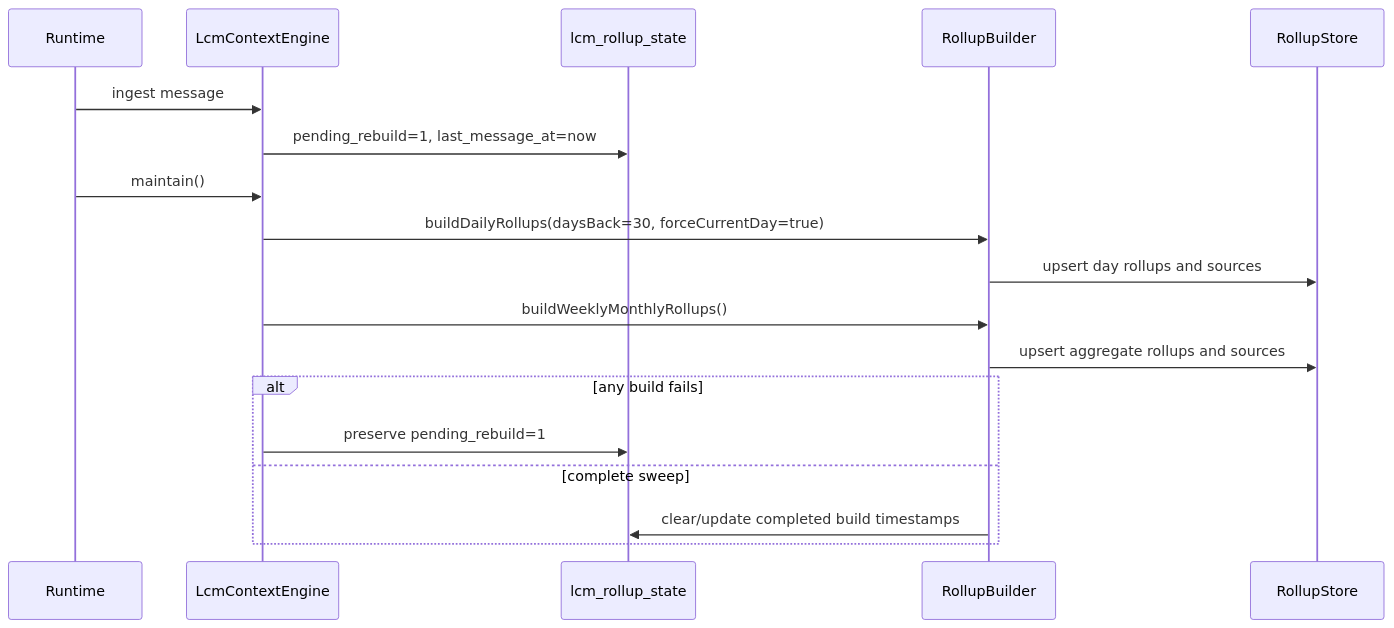
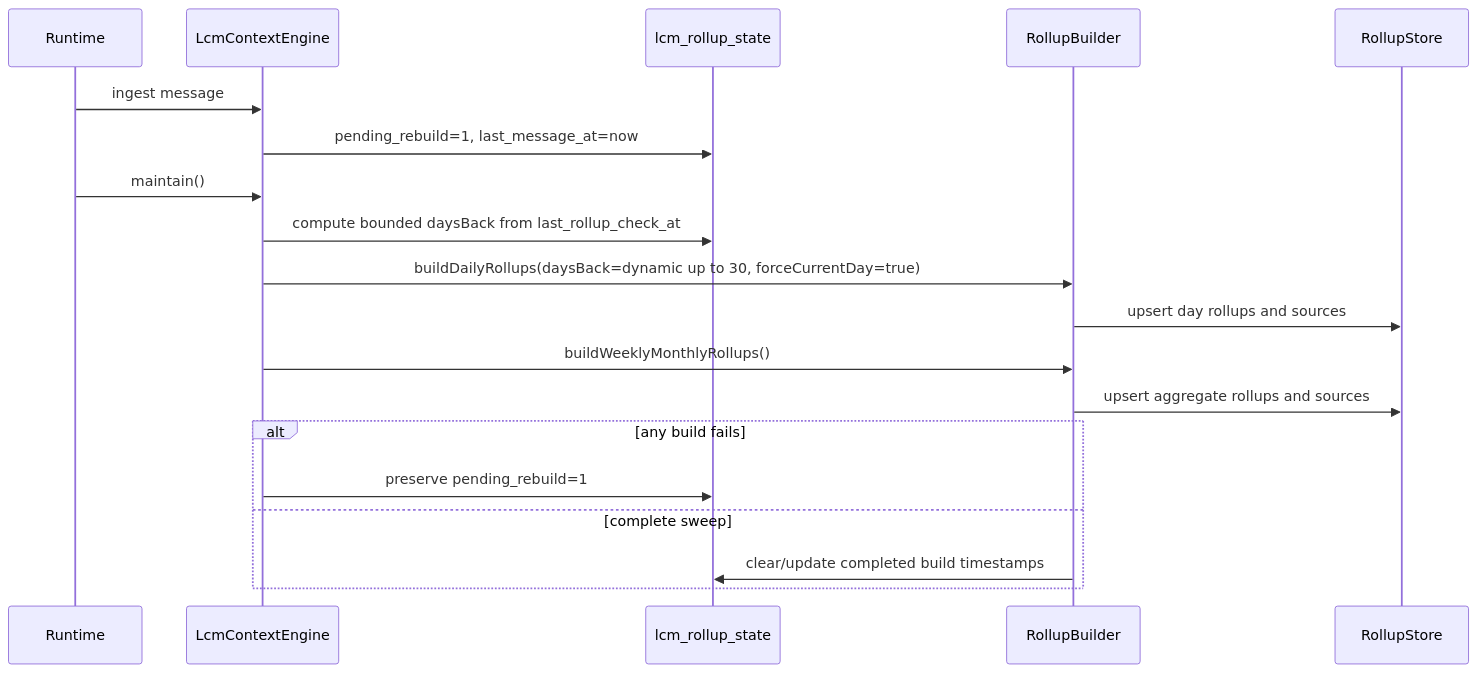
Before and after one commit to 100yenadmin/lossless-claw-test: the third of 4 diagrams in specs/lcm-temporal-memory-plan.md, drawn with Mermaid. The commit also changed 2 other files, not shown here.

Commit message:
fix: clarify temporal recall source footers

````diff
--- a/specs/lcm-temporal-memory-plan.md
+++ b/specs/lcm-temporal-memory-plan.md
@@ -91,21 +91,22 @@
 ```mermaid
 sequenceDiagram
   participant Runtime
   participant Engine as LcmContextEngine
   participant State as lcm_rollup_state
   participant Builder as RollupBuilder
   participant Store as RollupStore
 
   Runtime->>Engine: ingest message
   Engine->>State: pending_rebuild=1, last_message_at=now
   Runtime->>Engine: maintain()
-  Engine->>Builder: buildDailyRollups(daysBack=30, forceCurrentDay=true)
+  Engine->>State: compute bounded daysBack from last_rollup_check_at
+  Engine->>Builder: buildDailyRollups(daysBack=dynamic up to 30, forceCurrentDay=true)
   Builder->>Store: upsert day rollups and sources
   Engine->>Builder: buildWeeklyMonthlyRollups()
   Builder->>Store: upsert aggregate rollups and sources
   alt any build fails
     Engine->>State: preserve pending_rebuild=1
   else complete sweep
     Builder->>State: clear/update completed build timestamps
   end
 ```
````
